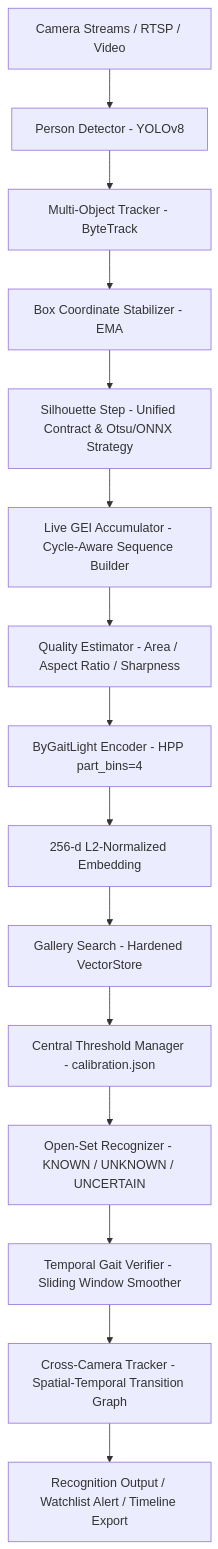
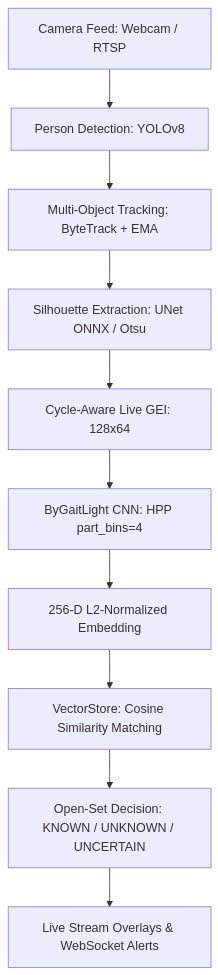
One commit to chanuka8/argus-gait-recognition changed the first of 2 diagrams in README.md. Above: the diagram before and after it, drawn with Mermaid. The commit also changed other lines of this file, not shown here.

Commit message:
docs: update README for current ARGUS architecture

````diff
--- a/README.md
+++ b/README.md
@@ -68,17 +50,12 @@
 ```mermaid
 graph TD
-    Input[Camera Streams / RTSP / Video] --> DET[Person Detector - YOLOv8]
-    DET --> TRK[Multi-Object Tracker - ByteTrack]
-    TRK --> EMA[Box Coordinate Stabilizer - EMA]
-    EMA --> SIL[Silhouette Step - Unified Contract & Otsu/ONNX Strategy]
-    SIL --> GEI[Live GEI Accumulator - Cycle-Aware Sequence Builder]
-    GEI --> QUA[Quality Estimator - Area / Aspect Ratio / Sharpness]
-    QUA --> FEA[ByGaitLight Encoder - HPP part_bins=4]
-    FEA --> EMB[256-d L2-Normalized Embedding]
-    EMB --> VEC[Gallery Search - Hardened VectorStore]
-    VEC --> THR[Central Threshold Manager - calibration.json]
-    THR --> OSR[Open-Set Recognizer - KNOWN / UNKNOWN / UNCERTAIN]
-    OSR --> TPV[Temporal Gait Verifier - Sliding Window Smoother]
-    TPV --> CCT[Cross-Camera Tracker - Spatial-Temporal Transition Graph]
-    CCT --> OUT[Recognition Output / Watchlist Alert / Timeline Export]
+    A[Camera Feed: Webcam / RTSP] --> B[Person Detection: YOLOv8]
+    B --> C[Multi-Object Tracking: ByteTrack + EMA]
+    C --> D[Silhouette Extraction: UNet ONNX / Otsu]
+    D --> E[Cycle-Aware Live GEI: 128x64]
+    E --> F[ByGaitLight CNN: HPP part_bins=4]
+    F --> G[256-D L2-Normalized Embedding]
+    G --> H[VectorStore: Cosine Similarity Matching]
+    H --> I[Open-Set Decision: KNOWN / UNKNOWN / UNCERTAIN]
+    I --> J[Live Stream Overlays & WebSocket Alerts]
 ```
````
